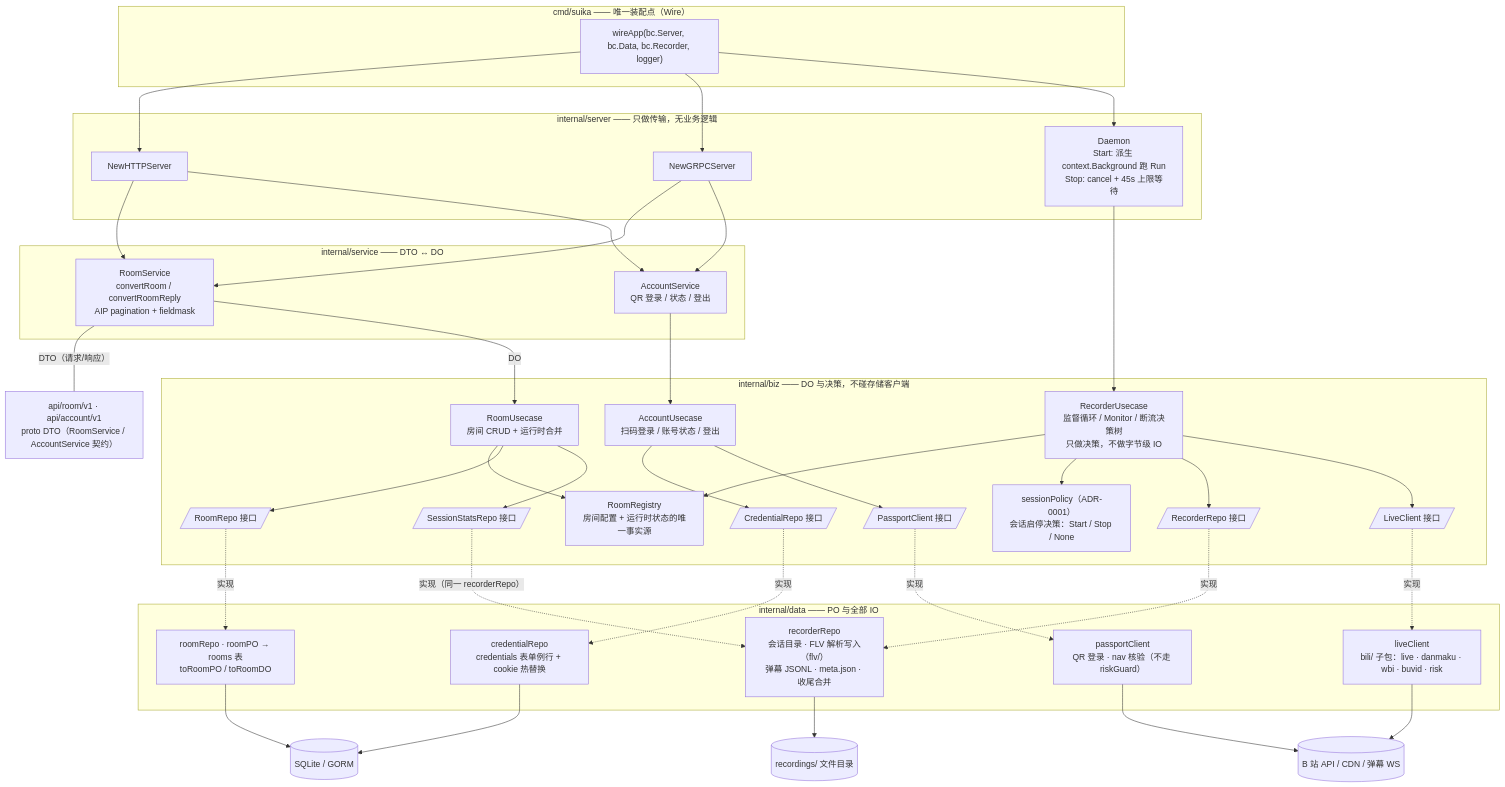
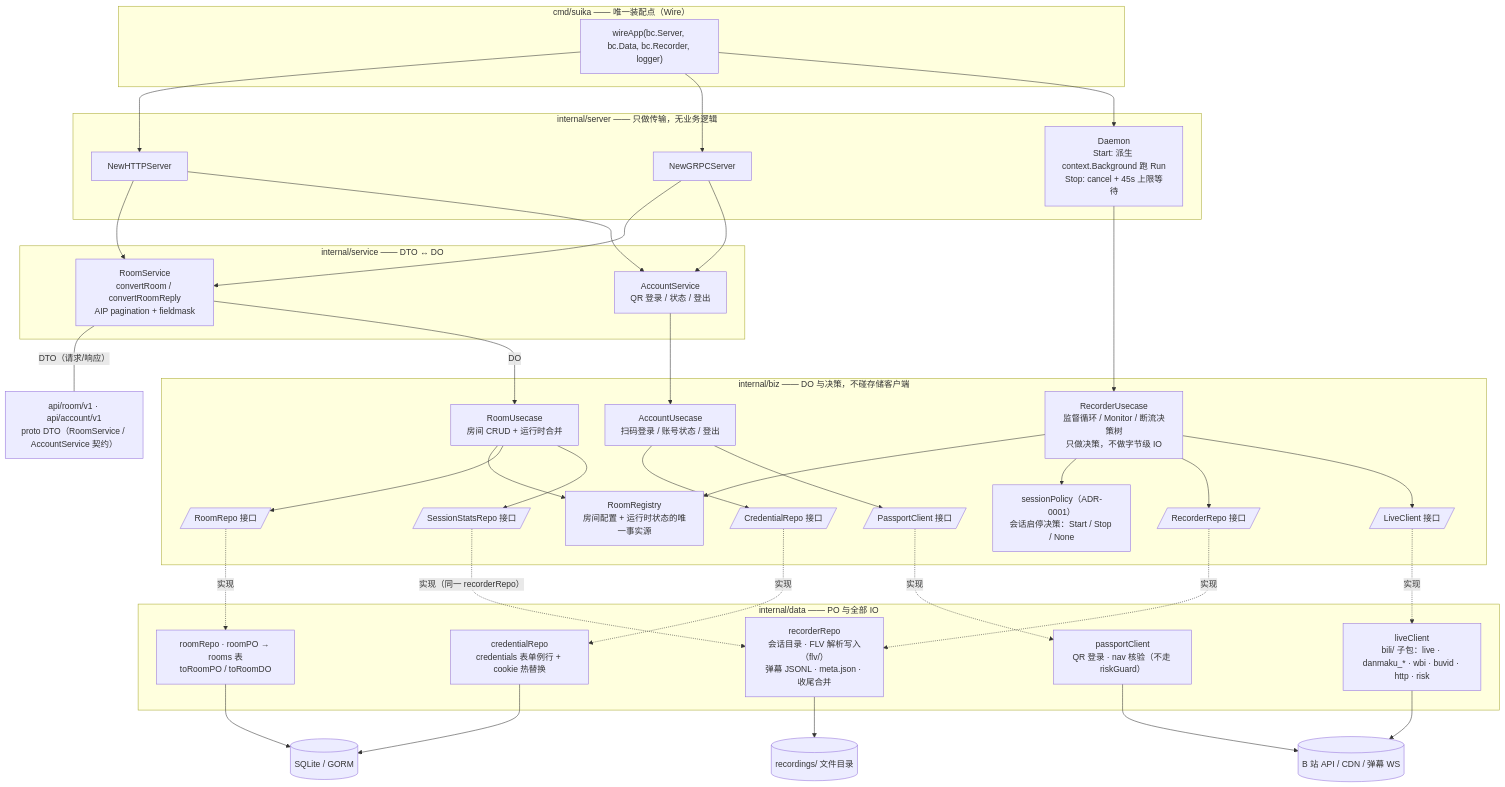
One commit to xgbt/suika changed the second of 10 diagrams in docs/design/architecture-diagrams.md. Above: the diagram before and after it, drawn with Mermaid. The commit also changed other lines of this file and 8 other files, not shown here.

Commit message:
refactor(bili): 重构 PassportClient，移除不必要的 cookie jar 依赖并优化文档

````diff
--- a/docs/design/architecture-diagrams.md
+++ b/docs/design/architecture-diagrams.md
@@ -72,65 +72,65 @@
 ```mermaid
 flowchart TB
     subgraph CMD["cmd/suika —— 唯一装配点（Wire）"]
         WIRE["wireApp(bc.Server, bc.Data, bc.Recorder, logger)"]
     end
 
     subgraph SERVER["internal/server —— 只做传输，无业务逻辑"]
         SHTTP["NewHTTPServer"]
         SGRPC["NewGRPCServer"]
         SDMN["Daemon<br/>Start: 派生 context.Background 跑 Run<br/>Stop: cancel + 45s 上限等待"]
     end
 
     subgraph SERVICE["internal/service —— DTO ↔ DO"]
         RS["RoomService<br/>convertRoom / convertRoomReply<br/>AIP pagination + fieldmask"]
         AS["AccountService<br/>QR 登录 / 状态 / 登出"]
     end
 
     subgraph BIZ["internal/biz —— DO 与决策，不碰存储客户端"]
         RU["RoomUsecase<br/>房间 CRUD + 运行时合并"]
         AU["AccountUsecase<br/>扫码登录 / 账号状态 / 登出"]
         RECU["RecorderUsecase<br/>监督循环 / Monitor / 断流决策树<br/>只做决策，不做字节级 IO"]
         REG["RoomRegistry<br/>房间配置 + 运行时状态的唯一事实源"]
         POL["sessionPolicy（ADR-0001）<br/>会话启停决策：Start / Stop / None"]
         IF1[/"RoomRepo 接口"/]
         IF2[/"RecorderRepo 接口"/]
         IF3[/"LiveClient 接口"/]
         IF4[/"SessionStatsRepo 接口"/]
         IF5[/"CredentialRepo 接口"/]
         IF6[/"PassportClient 接口"/]
     end
 
     subgraph DATA["internal/data —— PO 与全部 IO"]
         RR["roomRepo · roomPO → rooms 表<br/>toRoomPO / toRoomDO"]
         RREPO["recorderRepo<br/>会话目录 · FLV 解析写入（flv/）<br/>弹幕 JSONL · meta.json · 收尾合并"]
-        LC["liveClient<br/>bili/ 子包：live · danmaku · wbi · buvid · risk"]
+        LC["liveClient<br/>bili/ 子包：live · danmaku_* · wbi · buvid · http · risk"]
         CR["credentialRepo<br/>credentials 表单例行 + cookie 热替换"]
         PC["passportClient<br/>QR 登录 · nav 核验（不走 riskGuard）"]
     end
 
     DTO["api/room/v1 · api/account/v1<br/>proto DTO（RoomService / AccountService 契约）"]
 
     WIRE --> SHTTP & SGRPC & SDMN
     SHTTP & SGRPC --> RS & AS
     RS -- "DTO（请求/响应）" --- DTO
     RS -- "DO" --> RU
     AS --> AU
     SDMN --> RECU
     RU --> REG
     RECU --> REG
     RECU --> POL
     RU --> IF1 & IF4
     RECU --> IF2 & IF3
     AU --> IF5 & IF6
     IF1 -. 实现 .-> RR
     IF4 -. 实现（同一 recorderRepo） .-> RREPO
     IF2 -. 实现 .-> RREPO
     IF3 -. 实现 .-> LC
     IF5 -. 实现 .-> CR
     IF6 -. 实现 .-> PC
     RR --> SQLITE[("SQLite / GORM")]
     CR --> SQLITE
     RREPO --> FS[("recordings/ 文件目录")]
     LC --> BILI[("B 站 API / CDN / 弹幕 WS")]
     PC --> BILI
 ```
````
